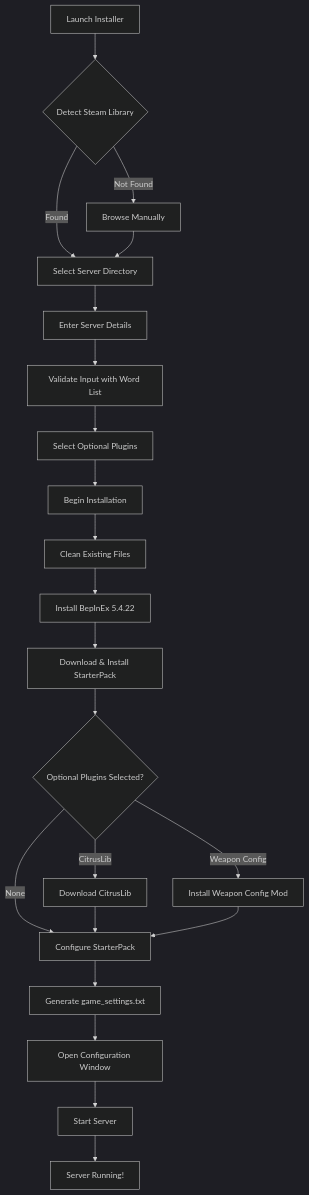
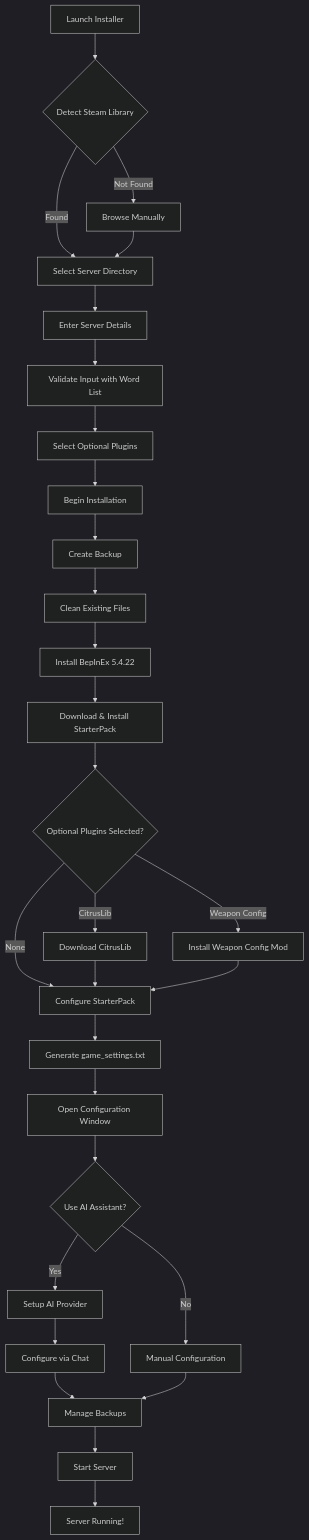
The diagram in README.md (user1342554/TABG-Server-Installer), drawn with Mermaid (dark theme) before and after one commit. The commit also changed other lines of this file and 26 other files, not shown here.

````diff
--- a/README.md
+++ b/README.md
@@ -31,29 +55,38 @@
 ```mermaid
 flowchart TD
     A[Launch Installer] --> B{Detect Steam Library}
     B -->|Found| C[Select Server Directory]
     B -->|Not Found| D[Browse Manually]
     D --> C
     C --> E[Enter Server Details]
     E --> F[Validate Input with Word List]
     F --> G[Select Optional Plugins]
     G --> H[Begin Installation]
     
-    H --> I[Clean Existing Files]
+    H --> H1[Create Backup]
+    H1 --> I[Clean Existing Files]
     I --> J[Install BepInEx 5.4.22]
     J --> K[Download & Install StarterPack]
     K --> L{Optional Plugins Selected?}
     
     L -->|CitrusLib| M1[Download CitrusLib]
     L -->|Weapon Config| M2[Install Weapon Config Mod]
     L -->|None| N
     
     M1 --> N
     M2 --> N
     N[Configure StarterPack]
     
     N --> O[Generate game_settings.txt]
     O --> P[Open Configuration Window]
-    P --> U[Start Server]
-    U --> V[Server Running!]
+    P --> Q{Use AI Assistant?}
+    
+    Q -->|Yes| R[Setup AI Provider]
+    R --> S[Configure via Chat]
+    Q -->|No| T[Manual Configuration]
+    
+    S --> U[Manage Backups]
+    T --> U
+    U --> V[Start Server]
+    V --> W[Server Running!]
 ```
````
